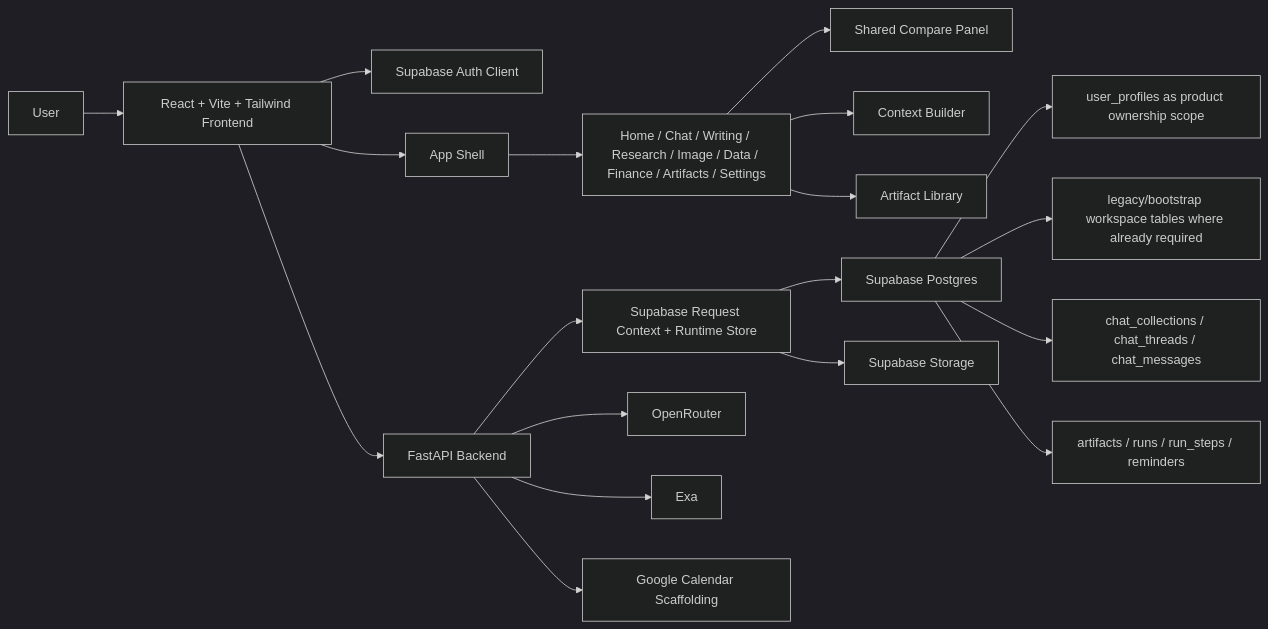
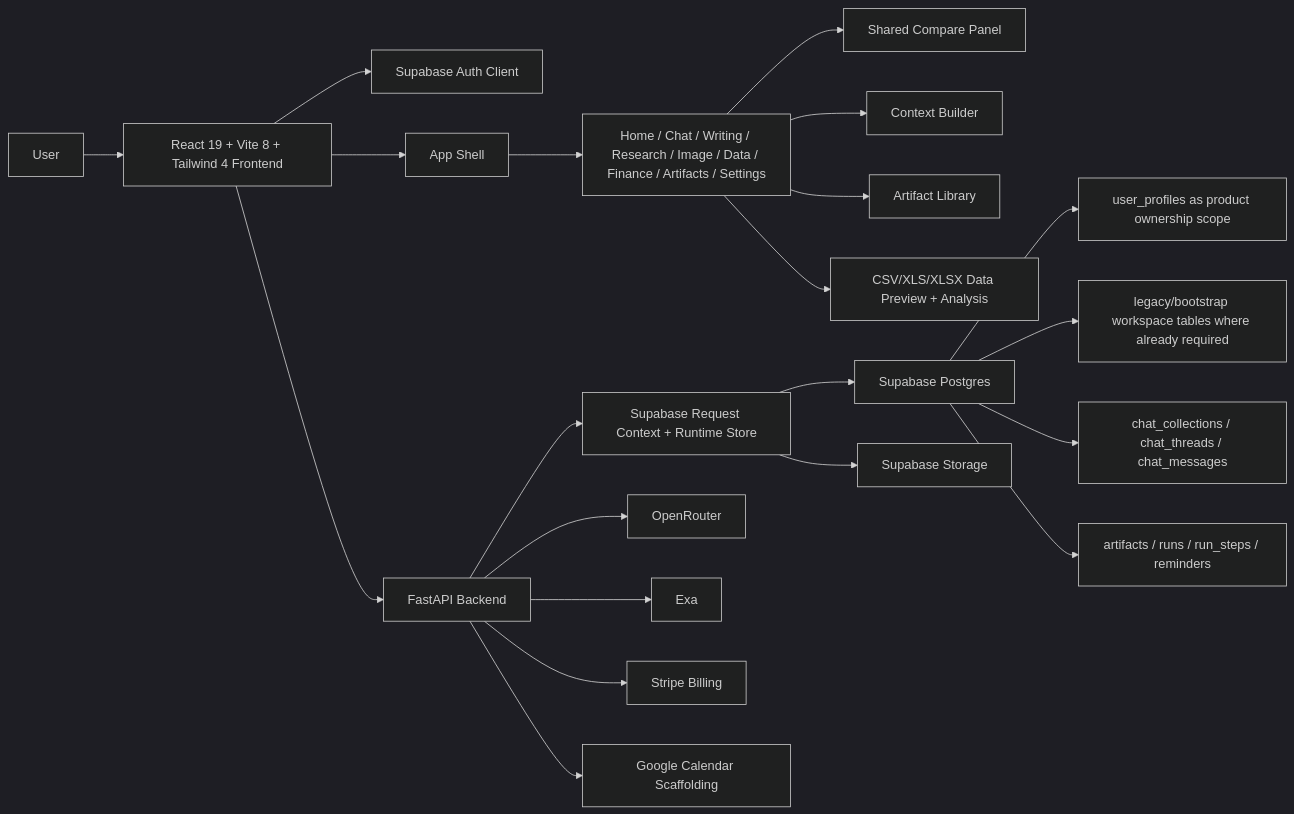
The diagram in docs/system-architecture.md (KushagraBharti/Beyond-Chat), drawn with Mermaid (dark theme) before and after one commit. The commit also changed other lines of this file and 50 other files, not shown here.

````diff
--- a/docs/system-architecture.md
+++ b/docs/system-architecture.md
@@ -3,25 +3,27 @@
 ```mermaid
 flowchart LR
-    User["User"] --> FE["React + Vite + Tailwind Frontend"]
+    User["User"] --> FE["React 19 + Vite 8 + Tailwind 4 Frontend"]
     FE --> Auth["Supabase Auth Client"]
     FE --> API["FastAPI Backend"]
 
     FE --> Shell["App Shell"]
     Shell --> Studios["Home / Chat / Writing / Research / Image / Data / Finance / Artifacts / Settings"]
     Studios --> Compare["Shared Compare Panel"]
     Studios --> Context["Context Builder"]
     Studios --> Library["Artifact Library"]
+    Studios --> Data["CSV/XLS/XLSX Data Preview + Analysis"]
 
     API --> Runtime["Supabase Request Context + Runtime Store"]
     Runtime --> PG["Supabase Postgres"]
     Runtime --> Storage["Supabase Storage"]
 
     API --> OR["OpenRouter"]
     API --> Exa["Exa"]
+    API --> Stripe["Stripe Billing"]
     API --> Google["Google Calendar Scaffolding"]
 
     PG --> Profile["user_profiles as product ownership scope"]
     PG --> Workspace["legacy/bootstrap workspace tables where already required"]
     PG --> Chat["chat_collections / chat_threads / chat_messages"]
     PG --> Work["artifacts / runs / run_steps / reminders"]
 ```
````
